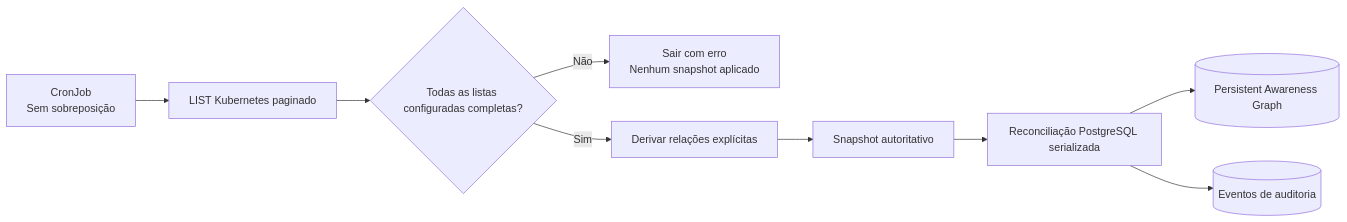
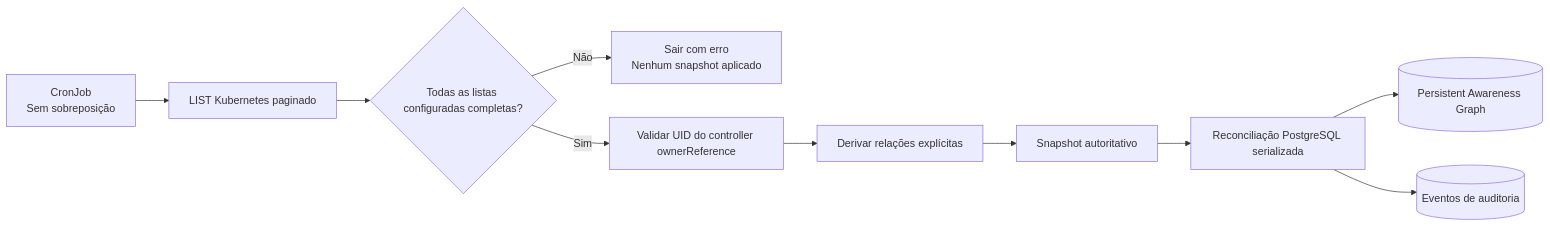
One commit to marcocristofolini/ai-sre-rca changed the second of 23 diagrams in docs/architecture.pt-BR.md. Above: the diagram before and after it, drawn with Mermaid. The commit also changed other lines of this file, not shown here.

Commit message:
docs: strengthen inventory architecture identity pt-br

````diff
--- a/docs/architecture.pt-BR.md
+++ b/docs/architecture.pt-BR.md
@@ -70,11 +70,12 @@
 ```mermaid
 flowchart LR
     CRON[CronJob<br/>Sem sobreposição] --> LIST[LIST Kubernetes paginado]
     LIST --> OK{Todas as listas configuradas completas?}
     OK -->|Não| FAIL[Sair com erro<br/>Nenhum snapshot aplicado]
-    OK -->|Sim| REL[Derivar relações explícitas]
+    OK -->|Sim| UID[Validar UID do controller ownerReference]
+    UID --> REL[Derivar relações explícitas]
     REL --> SNAP[Snapshot autoritativo]
     SNAP --> LOCK[Reconciliação PostgreSQL serializada]
     LOCK --> GRAPH[(Persistent Awareness Graph)]
     LOCK --> AUDIT[(Eventos de auditoria)]
 ```
````
